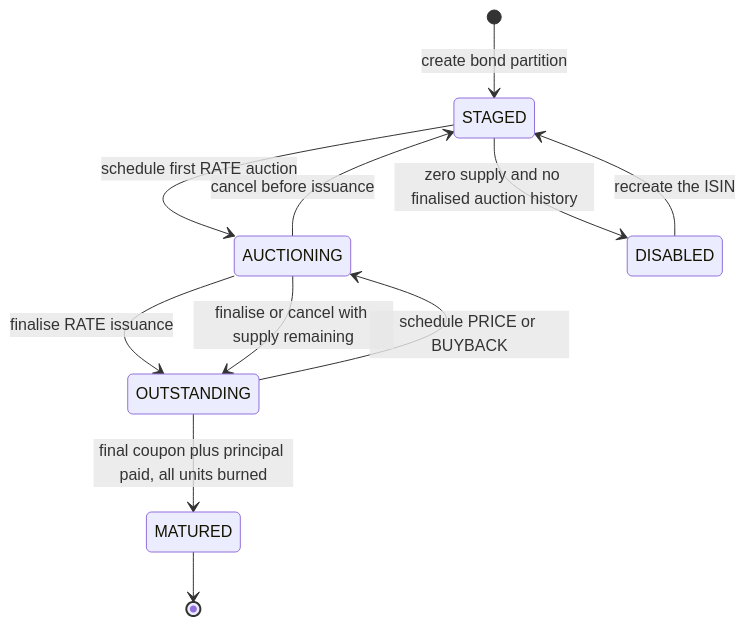
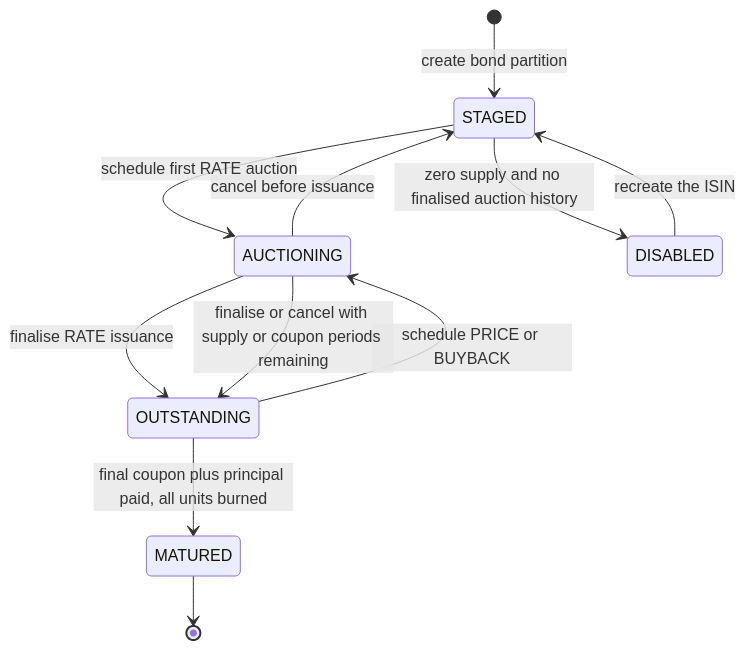
Before and after one commit to Norges-Bank-CBDC-Lab/cbdc-tokenization-sandbox: the second of 2 diagrams in docs/diagrams/processes/bond-lifecycle.md, drawn with Mermaid. The commit also changed other lines of this file and 12 other files, not shown here.

First line of the commit message:
Docs: drop removed behaviour; refresh diagrams and known issues

````diff
--- a/docs/diagrams/processes/bond-lifecycle.md
+++ b/docs/diagrams/processes/bond-lifecycle.md
@@ -34,13 +34,13 @@
 ```mermaid
 stateDiagram-v2
     [*] --> STAGED: create bond partition
     STAGED --> AUCTIONING: schedule first RATE auction
     AUCTIONING --> STAGED: cancel before issuance
     AUCTIONING --> OUTSTANDING: finalise RATE issuance
     OUTSTANDING --> AUCTIONING: schedule PRICE or BUYBACK
-    AUCTIONING --> OUTSTANDING: finalise or cancel with supply remaining
+    AUCTIONING --> OUTSTANDING: finalise or cancel with supply or coupon periods remaining
     OUTSTANDING --> MATURED: final coupon plus principal paid, all units burned
     STAGED --> DISABLED: zero supply and no finalised auction history
     DISABLED --> STAGED: recreate the ISIN
     MATURED --> [*]
 ```
````
